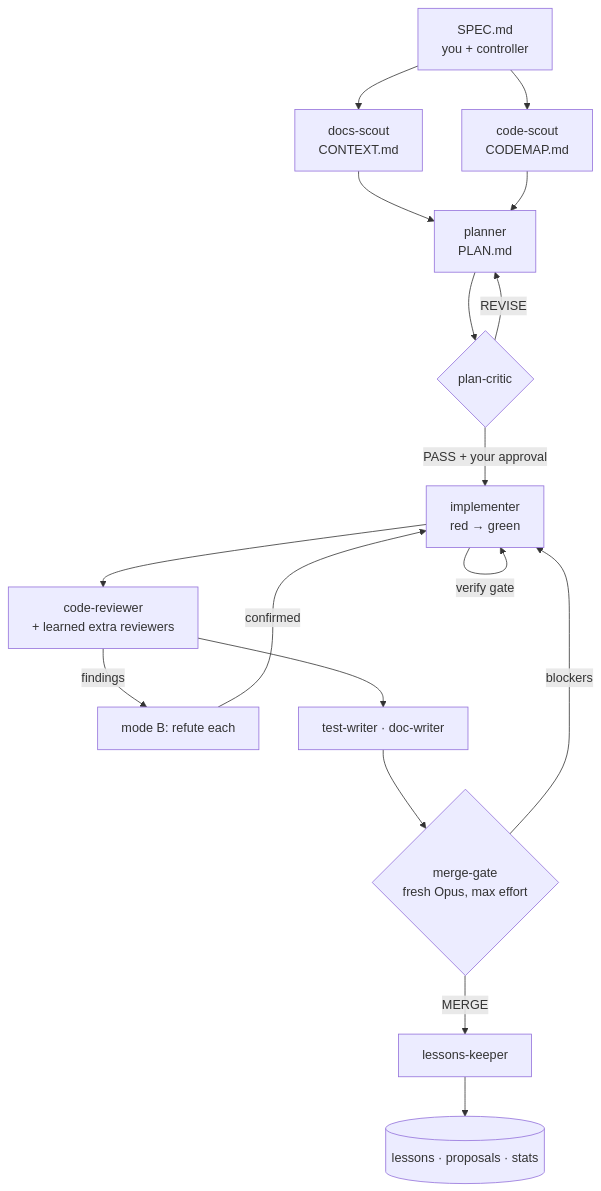
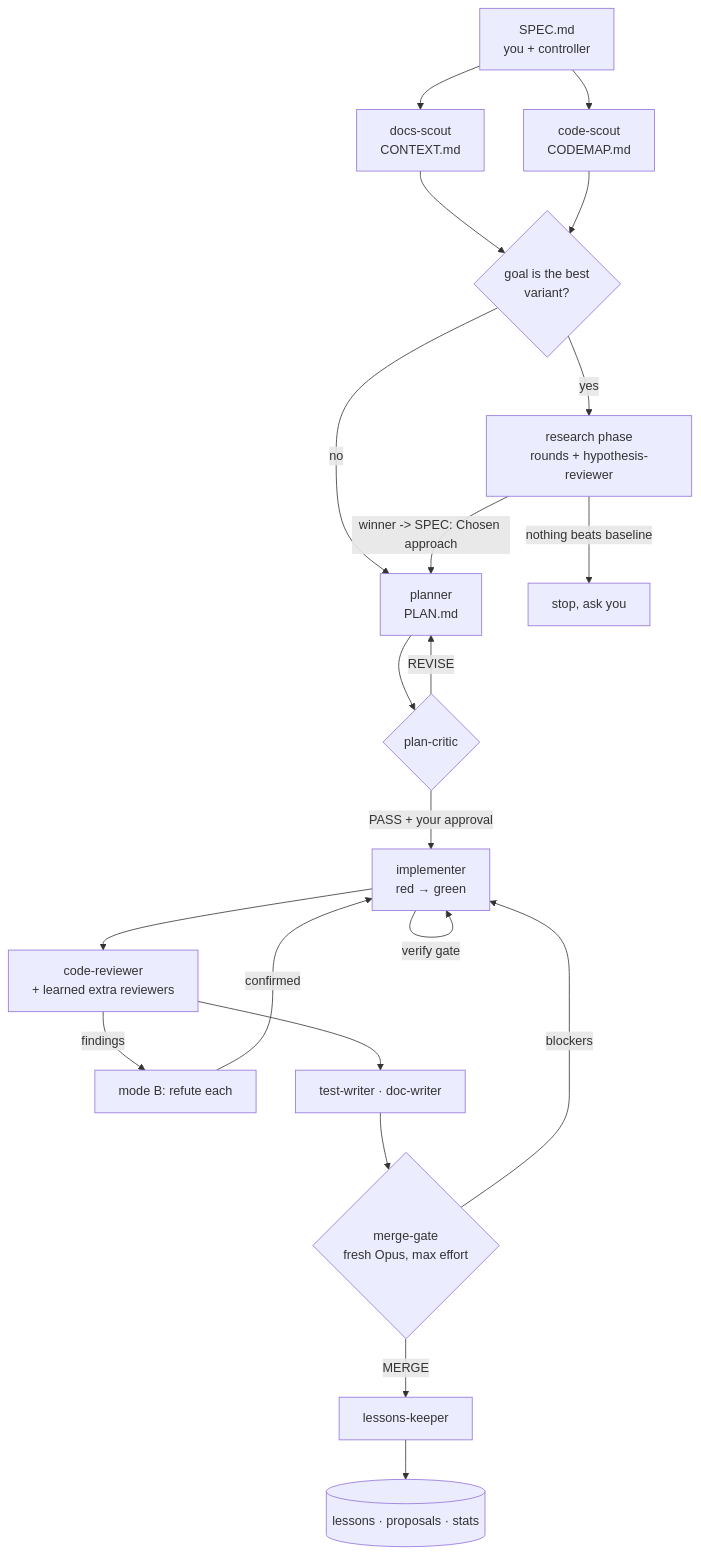
The third of 5 diagrams in README.md (nikserbur/autolearn), drawn with Mermaid before and after one commit. The commit also changed other lines of this file and 4 other files, not shown here.

Commit message:
feat(feature): research phase for "find the best" goals; README diagrams (v0.2.2)

````diff
--- a/README.md
+++ b/README.md
@@ -120,19 +149,23 @@
 ```mermaid
 flowchart TD
   S[SPEC.md<br/>you + controller] --> DS[docs-scout<br/>CONTEXT.md]
   S --> CS[code-scout<br/>CODEMAP.md]
-  DS --> P[planner<br/>PLAN.md]
-  CS --> P
+  DS --> Q{goal is the best<br/>variant?}
+  CS --> Q
+  Q -- no --> P[planner<br/>PLAN.md]
+  Q -- yes --> RP[research phase<br/>rounds + hypothesis-reviewer]
+  RP -- "winner -> SPEC: Chosen approach" --> P
+  RP -- nothing beats baseline --> X[stop, ask you]
   P --> C{plan-critic}
   C -- REVISE --> P
   C -- PASS + your approval --> I[implementer<br/>red → green]
   I -- verify gate --> I
   I --> RV[code-reviewer<br/>+ learned extra reviewers]
   RV -- findings --> V[mode B: refute each]
   V -- confirmed --> I
   RV --> T[test-writer · doc-writer]
   T --> MG{merge-gate<br/>fresh Opus, max effort}
   MG -- blockers --> I
   MG -- MERGE --> LK[lessons-keeper]
   LK --> L[(lessons · proposals · stats)]
 ```
````
